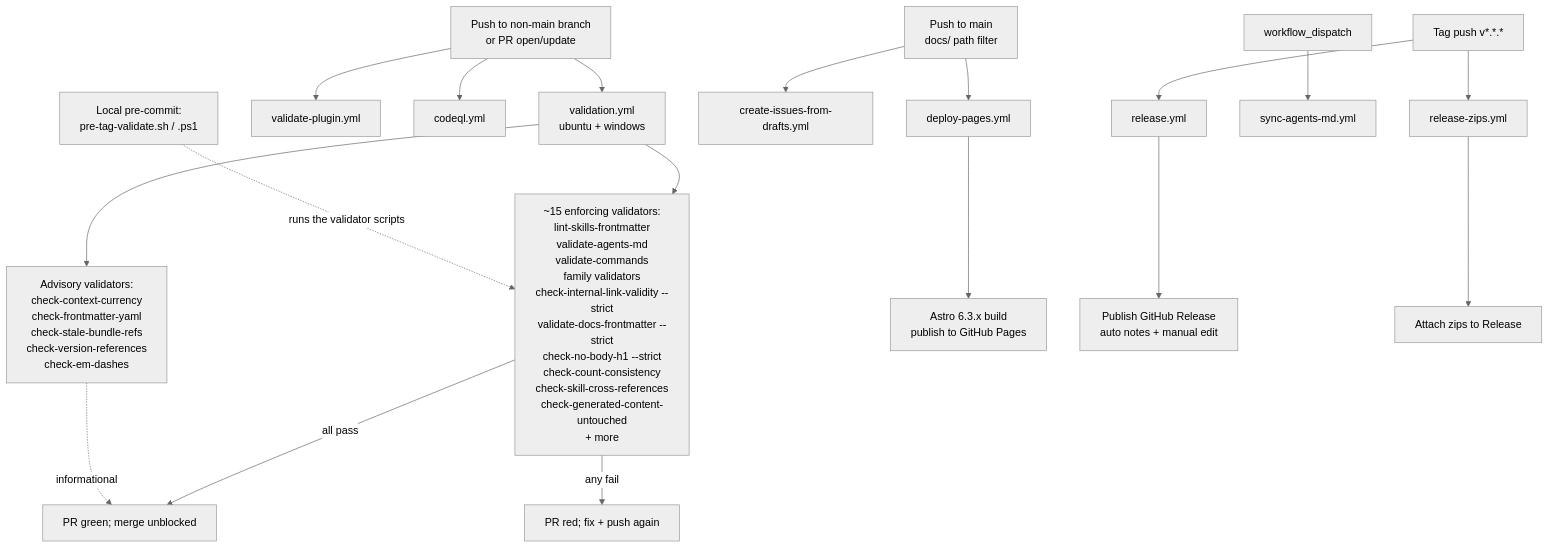
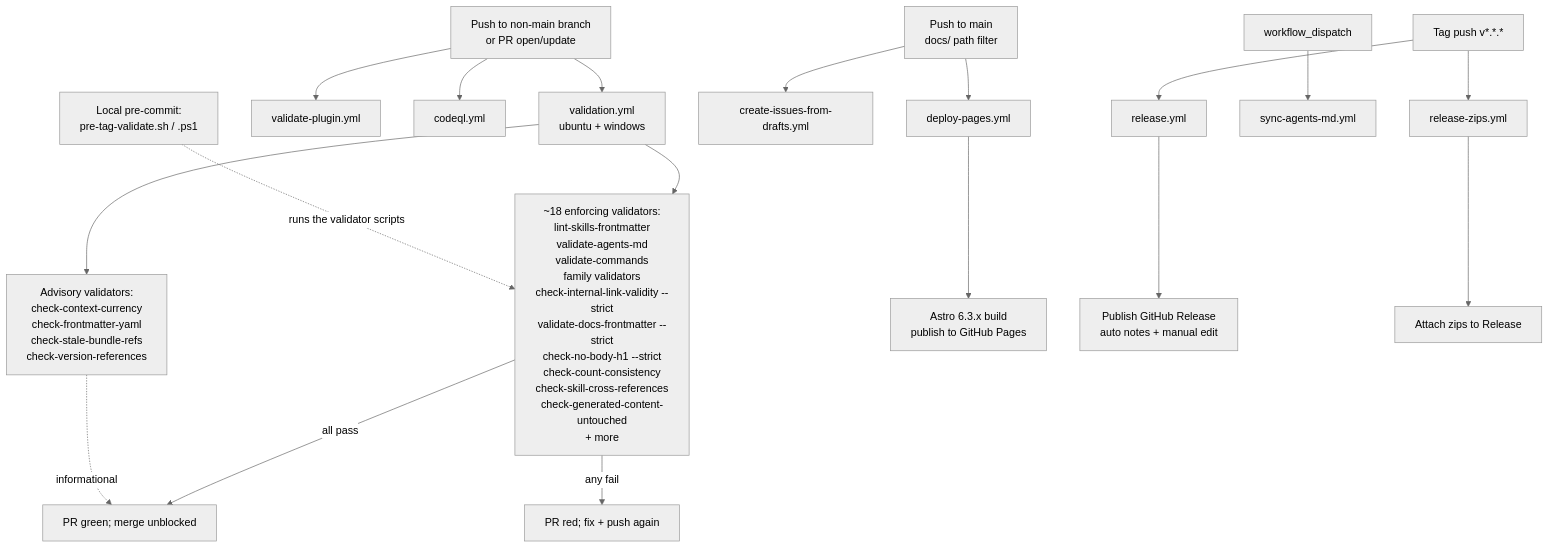
Before and after one commit to product-on-purpose/pm-skills: the diagram in docs/contributing/ci-overview.md, drawn with Mermaid (neutral theme). The commit also changed 11 other files, not shown here.

First line of the commit message:
chore(v2.19.0): release-prep (version bump, CHANGELOG, release notes, bundle parity)

````diff
--- a/docs/contributing/ci-overview.md
+++ b/docs/contributing/ci-overview.md
@@ -23,27 +23,27 @@
 ```mermaid
 flowchart TD
     PushPR[Push to non-main branch<br/>or PR open/update] --> Validation[validation.yml<br/>ubuntu + windows]
     PushPR --> Plugin[validate-plugin.yml]
     PushPR --> CodeQL[codeql.yml]
 
     PushMain[Push to main<br/>docs/ path filter] --> Pages[deploy-pages.yml]
     PushMain --> Drafts[create-issues-from-drafts.yml]
 
     TagPush[Tag push v*.*.*] --> Release[release.yml]
     TagPush --> Zips[release-zips.yml]
 
     Manual[workflow_dispatch] --> SyncAgents[sync-agents-md.yml]
 
-    Validation --> Enforcing[~15 enforcing validators:<br/>lint-skills-frontmatter<br/>validate-agents-md<br/>validate-commands<br/>family validators<br/>check-internal-link-validity --strict<br/>validate-docs-frontmatter --strict<br/>check-no-body-h1 --strict<br/>check-count-consistency<br/>check-skill-cross-references<br/>check-generated-content-untouched<br/>+ more]
-    Validation --> Advisory[Advisory validators:<br/>check-context-currency<br/>check-frontmatter-yaml<br/>check-stale-bundle-refs<br/>check-version-references<br/>check-em-dashes]
+    Validation --> Enforcing[~18 enforcing validators:<br/>lint-skills-frontmatter<br/>validate-agents-md<br/>validate-commands<br/>family validators<br/>check-internal-link-validity --strict<br/>validate-docs-frontmatter --strict<br/>check-no-body-h1 --strict<br/>check-count-consistency<br/>check-skill-cross-references<br/>check-generated-content-untouched<br/>+ more]
+    Validation --> Advisory[Advisory validators:<br/>check-context-currency<br/>check-frontmatter-yaml<br/>check-stale-bundle-refs<br/>check-version-references]
 
     Enforcing -->|all pass| Green[PR green; merge unblocked]
     Enforcing -->|any fail| Red[PR red; fix + push again]
     Advisory -.->|informational| Green
 
     Pages --> Site[Astro 6.3.x build<br/>publish to GitHub Pages]
     Release --> GH[Publish GitHub Release<br/>auto notes + manual edit]
     Zips --> Artifacts[Attach zips to Release]
 
     Local[Local pre-commit:<br/>pre-tag-validate.sh / .ps1] -.->|runs the validator scripts| Enforcing
 ```
````
